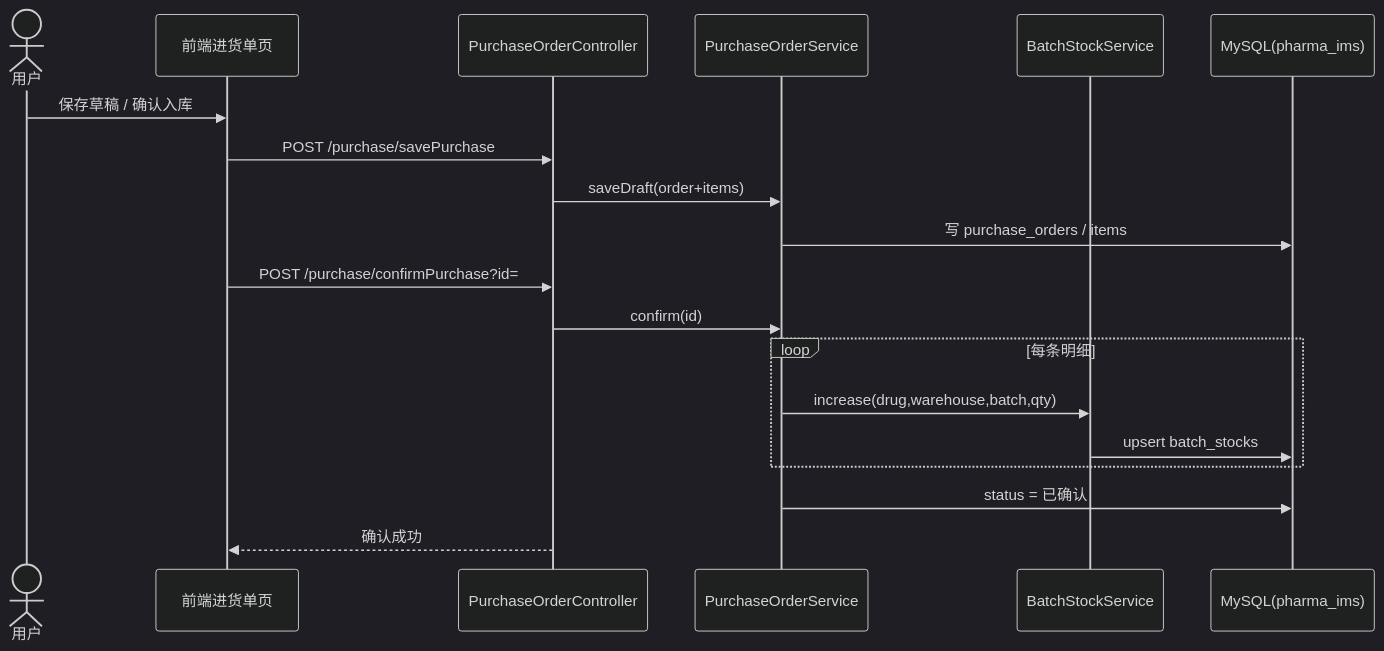
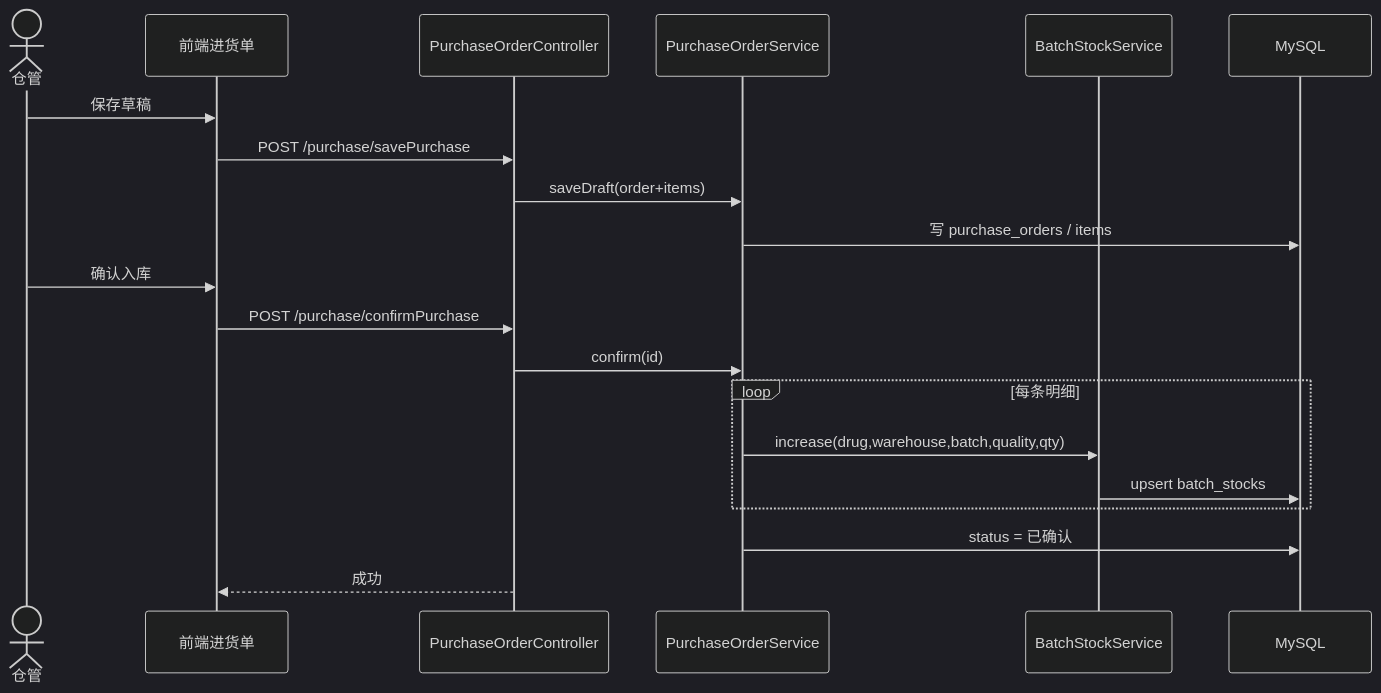
One commit to Andrewpixa/warehouse changed diagram 12 of 20 in docs/pharma-er-uml.md. Above: the diagram before and after it, drawn with Mermaid (dark theme). The commit also changed other lines of this file and 168 other files, not shown here.

````diff
--- a/docs/pharma-er-uml.md
+++ b/docs/pharma-er-uml.md
@@ -310,22 +753,24 @@
 ```mermaid
 sequenceDiagram
-  actor User as 用户
-  participant UI as 前端进货单页
+  actor User as 仓管
+  participant UI as 前端进货单
   participant API as PurchaseOrderController
   participant Svc as PurchaseOrderService
   participant Stock as BatchStockService
-  participant DB as MySQL(pharma_ims)
+  participant DB as MySQL
 
-  User->>UI: 保存草稿 / 确认入库
+  User->>UI: 保存草稿
   UI->>API: POST /purchase/savePurchase
   API->>Svc: saveDraft(order+items)
   Svc->>DB: 写 purchase_orders / items
-  UI->>API: POST /purchase/confirmPurchase?id=
+
+  User->>UI: 确认入库
+  UI->>API: POST /purchase/confirmPurchase
   API->>Svc: confirm(id)
   loop 每条明细
-    Svc->>Stock: increase(drug,warehouse,batch,qty)
+    Svc->>Stock: increase(drug,warehouse,batch,quality,qty)
     Stock->>DB: upsert batch_stocks
   end
   Svc->>DB: status = 已确认
-  API-->>UI: 确认成功
+  API-->>UI: 成功
 ```
````
